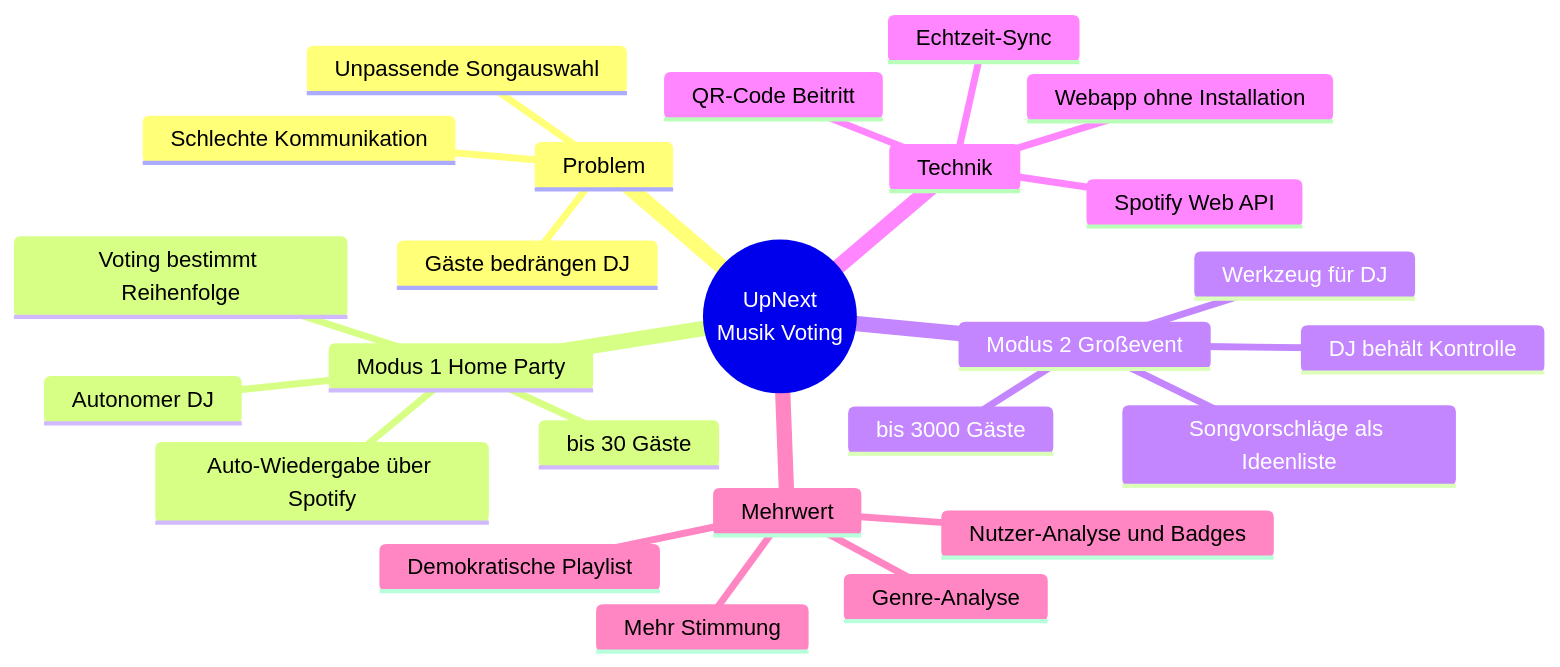
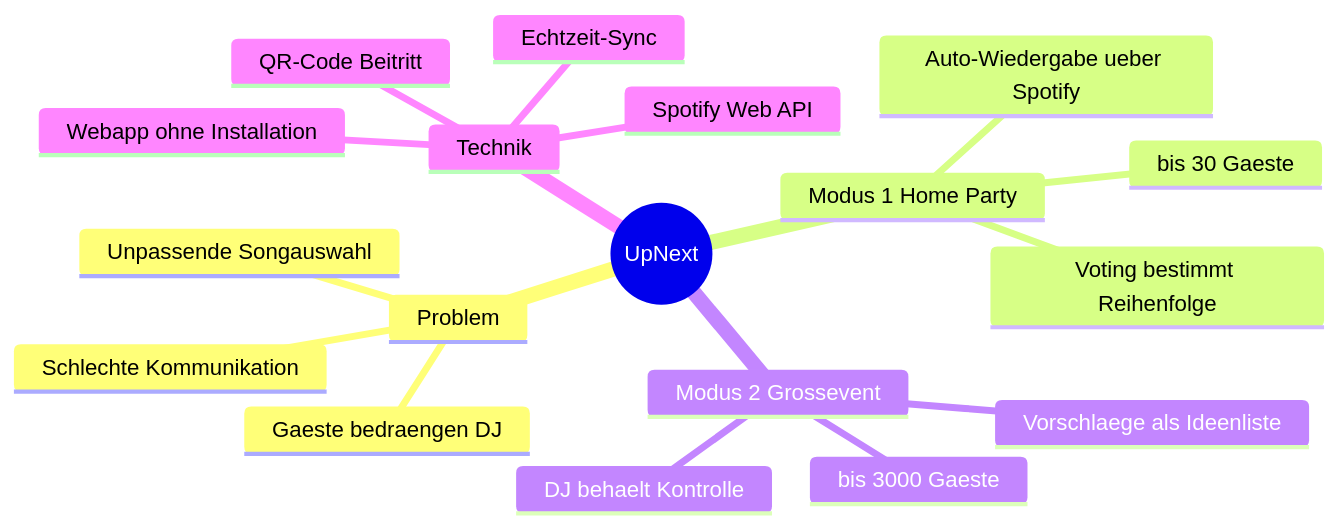
The diagram in Projektmanagment/00_projektbegruendung.md (christian-hnl/UpNext), drawn with Mermaid before and after one commit. The commit also changed other lines of this file and 8 other files, not shown here.

````diff
--- a/Projektmanagment/00_projektbegruendung.md
+++ b/Projektmanagment/00_projektbegruendung.md
@@ -37,28 +27,21 @@
 ```mermaid
 mindmap
-  root((UpNext<br/>Musik Voting))
+  root((UpNext))
     Problem
       Unpassende Songauswahl
-      Gäste bedrängen DJ
+      Gaeste bedraengen DJ
       Schlechte Kommunikation
     Modus 1 Home Party
-      bis 30 Gäste
-      Autonomer DJ
+      bis 30 Gaeste
       Voting bestimmt Reihenfolge
-      Auto-Wiedergabe über Spotify
-    Modus 2 Großevent
-      bis 3000 Gäste
-      Werkzeug für DJ
-      Songvorschläge als Ideenliste
-      DJ behält Kontrolle
+      Auto-Wiedergabe ueber Spotify
+    Modus 2 Grossevent
+      bis 3000 Gaeste
+      Vorschlaege als Ideenliste
+      DJ behaelt Kontrolle
     Technik
       Webapp ohne Installation
       QR-Code Beitritt
       Spotify Web API
       Echtzeit-Sync
-    Mehrwert
-      Demokratische Playlist
-      Mehr Stimmung
-      Nutzer-Analyse und Badges
-      Genre-Analyse
 ```
````
